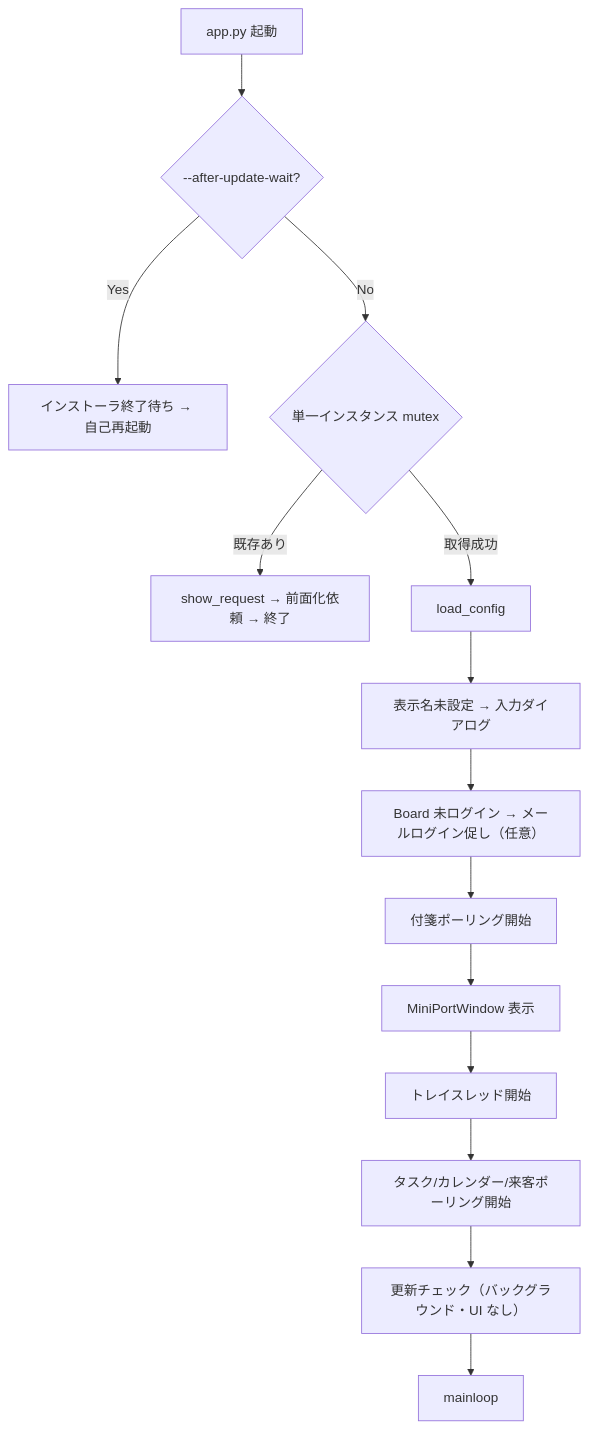
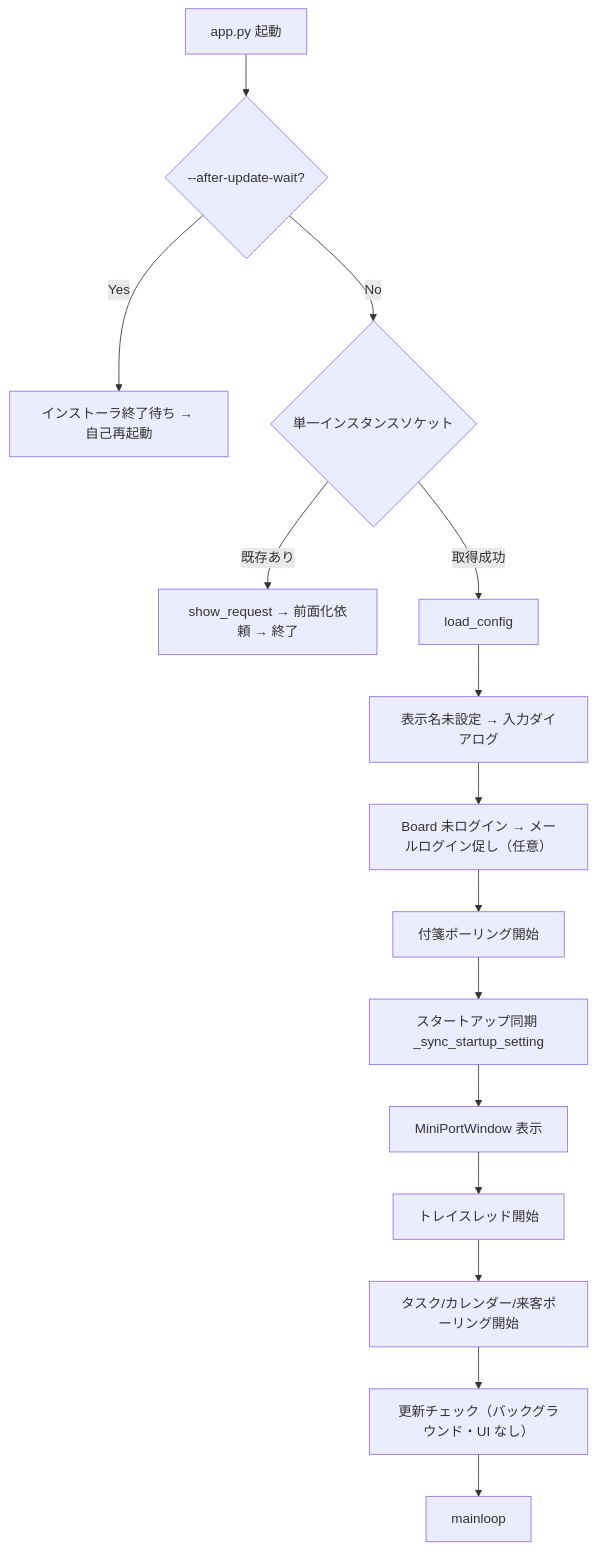
One commit to yuuyaendo-source/wl-board-pj changed the diagram in wl_desktop_app/README.md. Above: the diagram before and after it, drawn with Mermaid. The commit also changed other lines of this file and 35 other files, not shown here.

````diff
--- a/wl_desktop_app/README.md
+++ b/wl_desktop_app/README.md
@@ -65,16 +67,17 @@
 ```mermaid
 flowchart TD
     A[app.py 起動] --> B{--after-update-wait?}
     B -->|Yes| C[インストーラ終了待ち → 自己再起動]
-    B -->|No| D{単一インスタンス mutex}
+    B -->|No| D{単一インスタンスソケット}
     D -->|既存あり| E[show_request → 前面化依頼 → 終了]
     D -->|取得成功| F[load_config]
     F --> G[表示名未設定 → 入力ダイアログ]
     G --> H[Board 未ログイン → メールログイン促し（任意）]
     H --> I[付箋ポーリング開始]
-    I --> J[MiniPortWindow 表示]
+    I --> I2[スタートアップ同期 _sync_startup_setting]
+    I2 --> J[MiniPortWindow 表示]
     J --> K[トレイスレッド開始]
     K --> L[タスク/カレンダー/来客ポーリング開始]
     L --> M[更新チェック（バックグラウンド・UI なし）]
     M --> N[mainloop]
 ```
````
